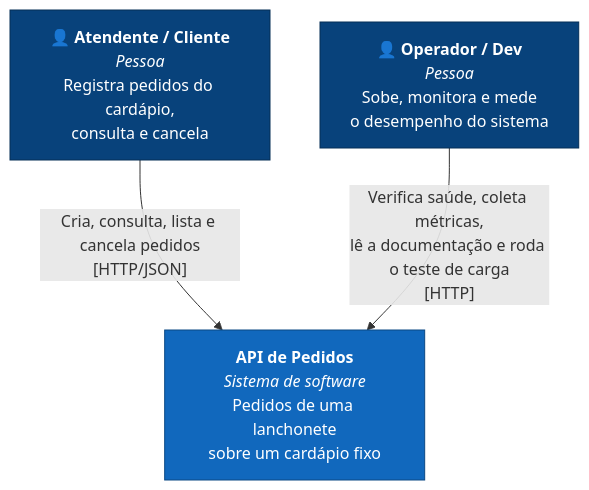
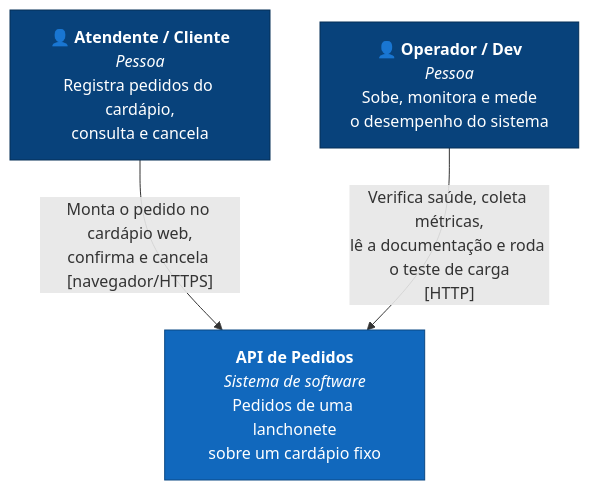
The first of 2 diagrams in docs/c4/contexto.md (Aquno/GeraTech), drawn with Mermaid before and after one commit. The commit also changed other lines of this file and 46 other files, not shown here.

Commit message:
feat: interface web do cardápio (React + Vite) servida por nginx no compose

````diff
--- a/docs/c4/contexto.md
+++ b/docs/c4/contexto.md
@@ -7,15 +7,15 @@
 ```mermaid
 flowchart TB
     atendente["👤 <b>Atendente / Cliente</b><br/><i>Pessoa</i><br/>Registra pedidos do cardápio,<br/>consulta e cancela"]
     operador["👤 <b>Operador / Dev</b><br/><i>Pessoa</i><br/>Sobe, monitora e mede<br/>o desempenho do sistema"]
 
     sistema["<b>API de Pedidos</b><br/><i>Sistema de software</i><br/>Pedidos de uma lanchonete<br/>sobre um cardápio fixo"]
 
-    atendente -- "Cria, consulta, lista e cancela pedidos<br/>[HTTP/JSON]" --> sistema
+    atendente -- "Monta o pedido no cardápio web,<br/>confirma e cancela [navegador/HTTPS]" --> sistema
     operador -- "Verifica saúde, coleta métricas,<br/>lê a documentação e roda o teste de carga<br/>[HTTP]" --> sistema
 
     classDef person fill:#08427b,stroke:#052e56,color:#ffffff
     classDef system fill:#1168bd,stroke:#0b4884,color:#ffffff
     class atendente,operador person
     class sistema system
 ```
````
